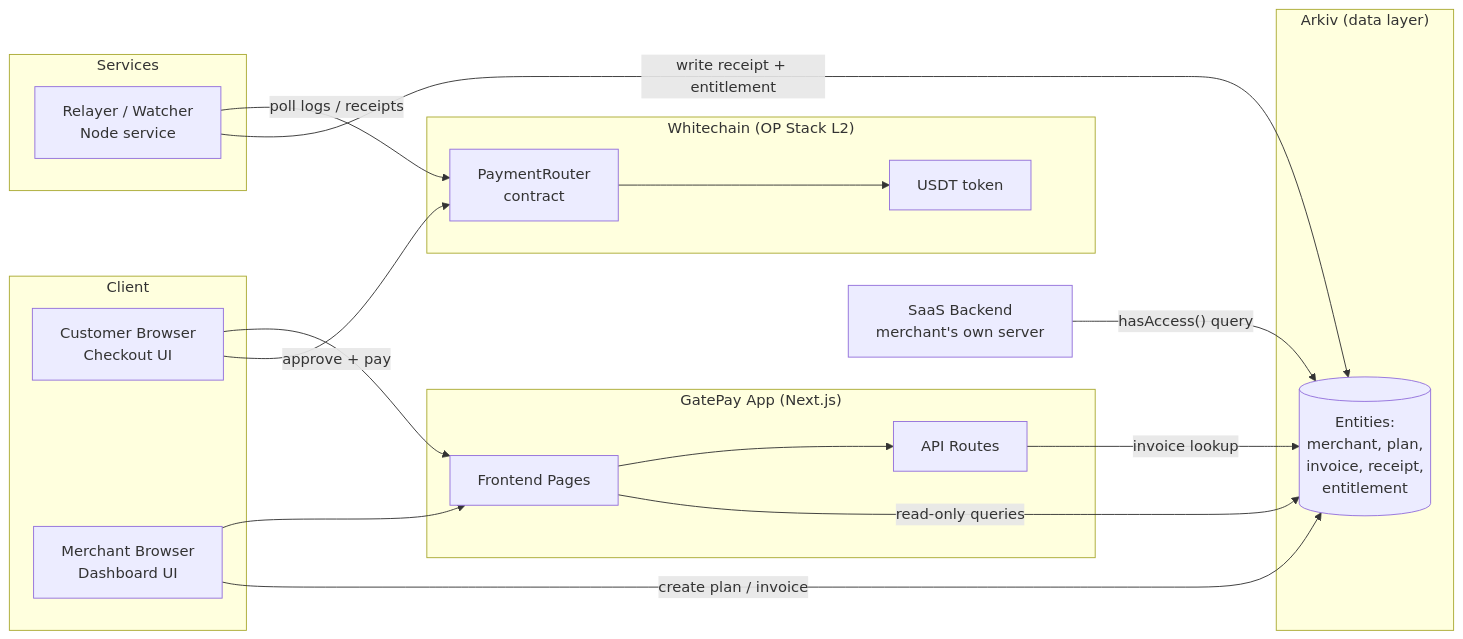
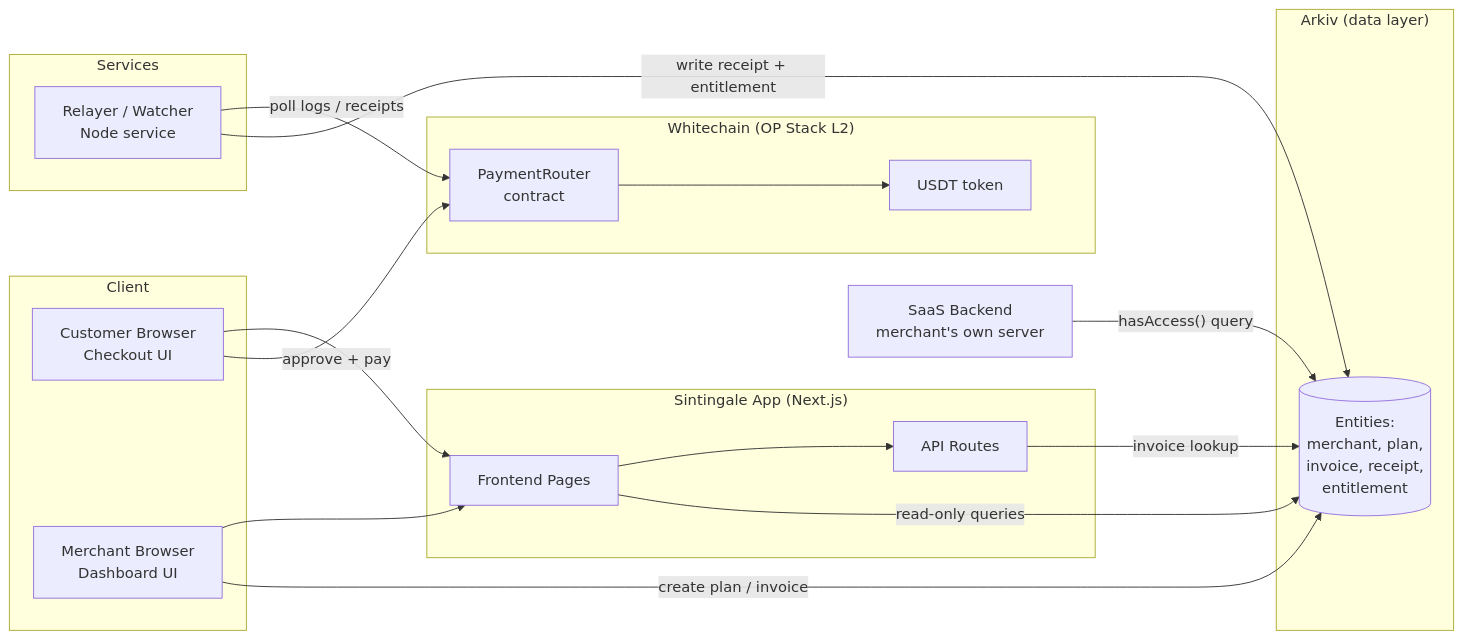
One commit to crucie/Sintingale changed the first of 4 diagrams in ref_doc.md. Above: the diagram before and after it, drawn with Mermaid. The commit also changed other lines of this file and 2 other files, not shown here.

Commit message:
Add teams spec and user flow notes, rename GatePay to Sintingale

````diff
--- a/ref_doc.md
+++ b/ref_doc.md
@@ -135,39 +135,39 @@
 ```mermaid
 flowchart LR
     subgraph Client
       C[Customer Browser<br/>Checkout UI]
       M[Merchant Browser<br/>Dashboard UI]
     end
 
-    subgraph App["GatePay App (Next.js)"]
+    subgraph App["Sintingale App (Next.js)"]
       FE[Frontend Pages]
       API[API Routes]
     end
 
     subgraph Services
       R[Relayer / Watcher<br/>Node service]
     end
 
     subgraph Whitechain["Whitechain (OP Stack L2)"]
       PR[PaymentRouter<br/>contract]
       TK[USDT token]
     end
 
     subgraph Arkiv["Arkiv (data layer)"]
       E[(Entities:<br/>merchant, plan,<br/>invoice, receipt,<br/>entitlement)]
     end
 
     SB[SaaS Backend<br/>merchant's own server]
 
     C --> FE
     M --> FE
     FE --> API
     C -- "approve + pay" --> PR
     PR --> TK
     R -- "poll logs / receipts" --> PR
     R -- "write receipt + entitlement" --> E
     M -- "create plan / invoice" --> E
     FE -- "read-only queries" --> E
     API -- "invoice lookup" --> E
     SB -- "hasAccess() query" --> E
 ```
````
